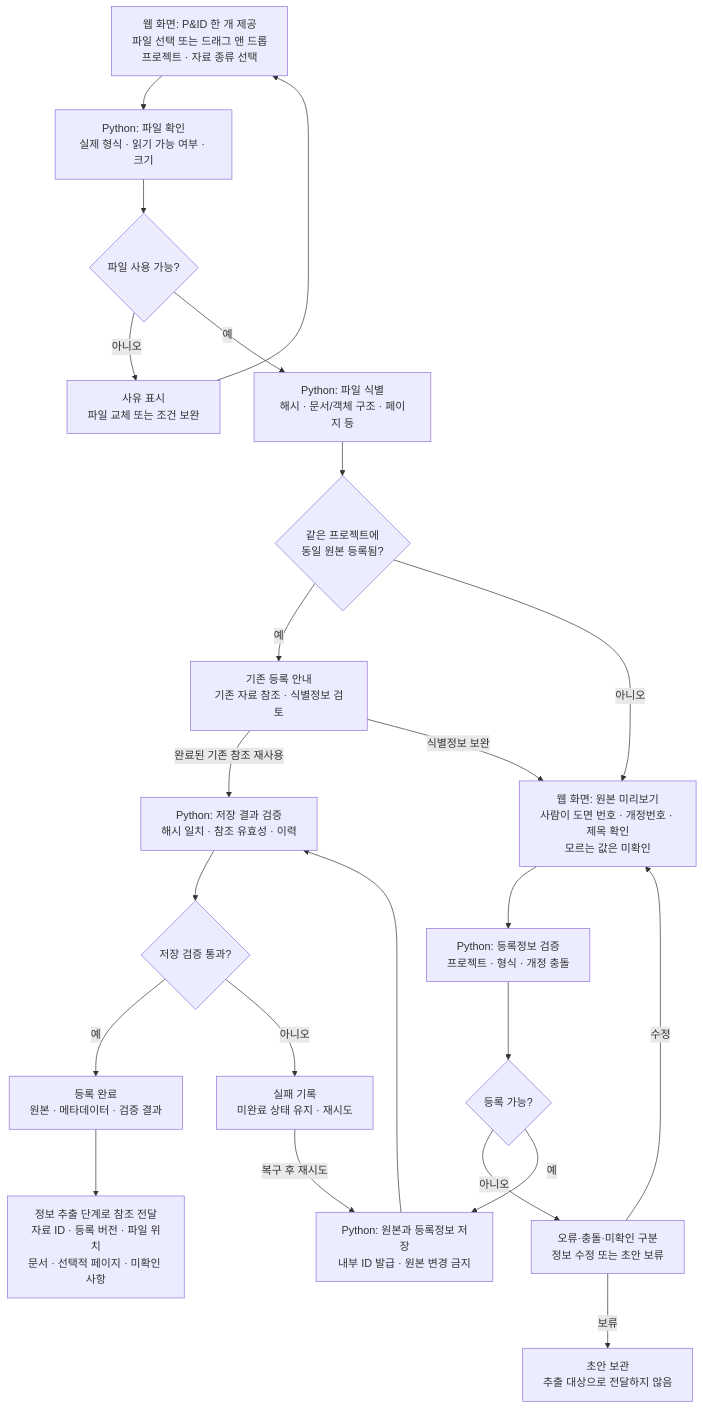
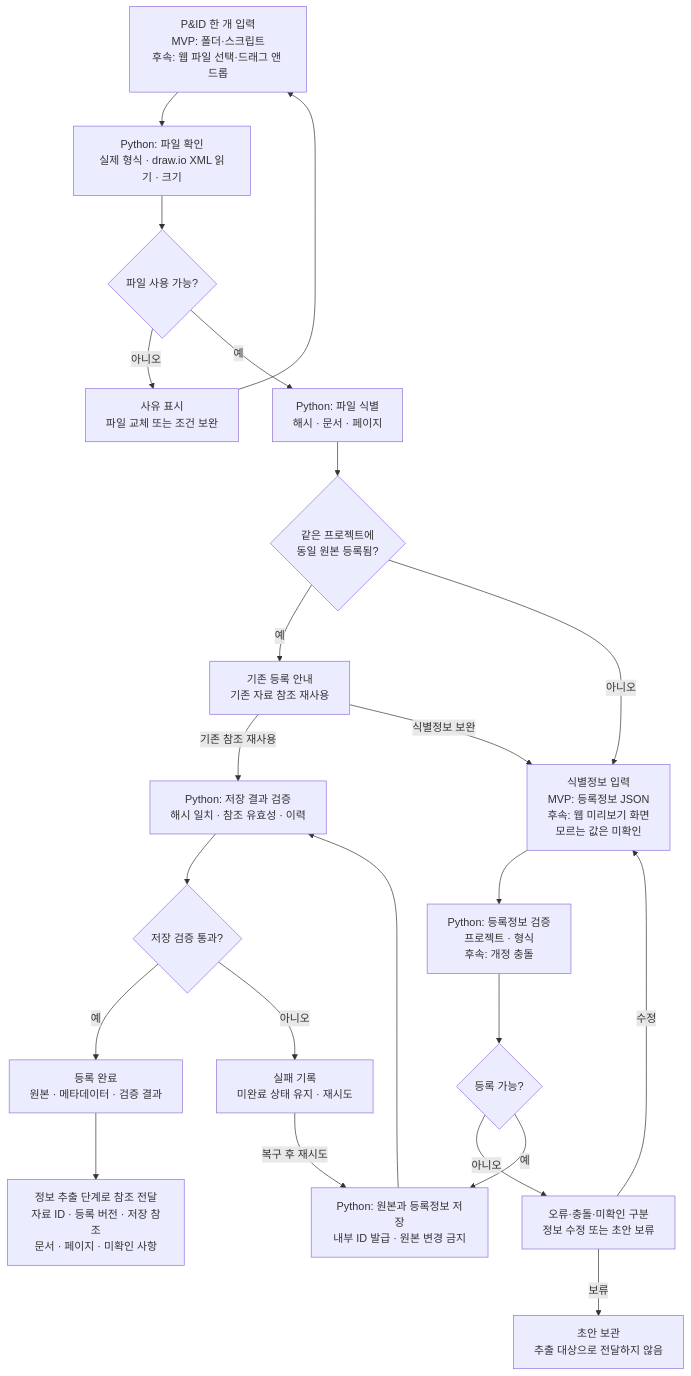
One commit to ReoDe/HAZOP changed the diagram in flow chart/01-registration.md. Above: the diagram before and after it, drawn with Mermaid. The commit also changed other lines of this file and 17 other files, not shown here.

First line of the commit message:
Apply review: PSA purpose, MVP vertical slice, draw.io-only, memory log

````diff
--- a/flow chart/01-registration.md
+++ b/flow chart/01-registration.md
@@ -14,36 +14,37 @@
 ```mermaid
 flowchart TB
-    A["웹 화면: P&ID 한 개 제공<br/>파일 선택 또는 드래그 앤 드롭<br/>프로젝트 · 자료 종류 선택"]
-    B["Python: 파일 확인<br/>실제 형식 · 읽기 가능 여부 · 크기"]
+    A["P&ID 한 개 입력<br/>MVP: 폴더·스크립트<br/>후속: 웹 파일 선택·드래그 앤 드롭"]
+    B["Python: 파일 확인<br/>실제 형식 · draw.io XML 읽기 · 크기"]
     C{"파일 사용 가능?"}
     X["사유 표시<br/>파일 교체 또는 조건 보완"]
-    D["Python: 파일 식별<br/>해시 · 문서/객체 구조 · 페이지 등"]
+    D["Python: 파일 식별<br/>해시 · 문서 · 페이지"]
     E{"같은 프로젝트에<br/>동일 원본 등록됨?"}
-    F["기존 등록 안내<br/>기존 자료 참조 · 식별정보 검토"]
-    G["웹 화면: 원본 미리보기<br/>사람이 도면 번호 · 개정번호 · 제목 확인<br/>모르는 값은 미확인"]
-    H["Python: 등록정보 검증<br/>프로젝트 · 형식 · 개정 충돌"]
+    F["기존 등록 안내<br/>기존 자료 참조 재사용"]
+    G["식별정보 입력<br/>MVP: 등록정보 JSON<br/>후속: 웹 미리보기 화면<br/>모르는 값은 미확인"]
+    H["Python: 등록정보 검증<br/>프로젝트 · 형식<br/>후속: 개정 충돌"]
     I{"등록 가능?"}
     J["오류·충돌·미확인 구분<br/>정보 수정 또는 초안 보류"]
+    Q["초안 보관<br/>추출 대상으로 전달하지 않음"]
     K["Python: 원본과 등록정보 저장<br/>내부 ID 발급 · 원본 변경 금지"]
     L["Python: 저장 결과 검증<br/>해시 일치 · 참조 유효성 · 이력"]
     M{"저장 검증 통과?"}
     N["등록 완료<br/>원본 · 메타데이터 · 검증 결과"]
-    O["정보 추출 단계로 참조 전달<br/>자료 ID · 등록 버전 · 파일 위치<br/>문서 · 선택적 페이지 · 미확인 사항"]
+    O["정보 추출 단계로 참조 전달<br/>자료 ID · 등록 버전 · 저장 참조<br/>문서 · 페이지 · 미확인 사항"]
     P["실패 기록<br/>미완료 상태 유지 · 재시도"]
 
     A --> B --> C
     C -- "아니오" --> X --> A
     C -- "예" --> D --> E
     E -- "예" --> F
-    F -- "완료된 기존 참조 재사용" --> L
+    F -- "기존 참조 재사용" --> L
     F -- "식별정보 보완" --> G
     E -- "아니오" --> G
     G --> H --> I
     I -- "아니오" --> J
     J -- "수정" --> G
-    J -- "보류" --> Q["초안 보관<br/>추출 대상으로 전달하지 않음"]
+    J -- "보류" --> Q
     I -- "예" --> K --> L --> M
     M -- "예" --> N --> O
     M -- "아니오" --> P
     P -- "복구 후 재시도" --> K
 ```
````
